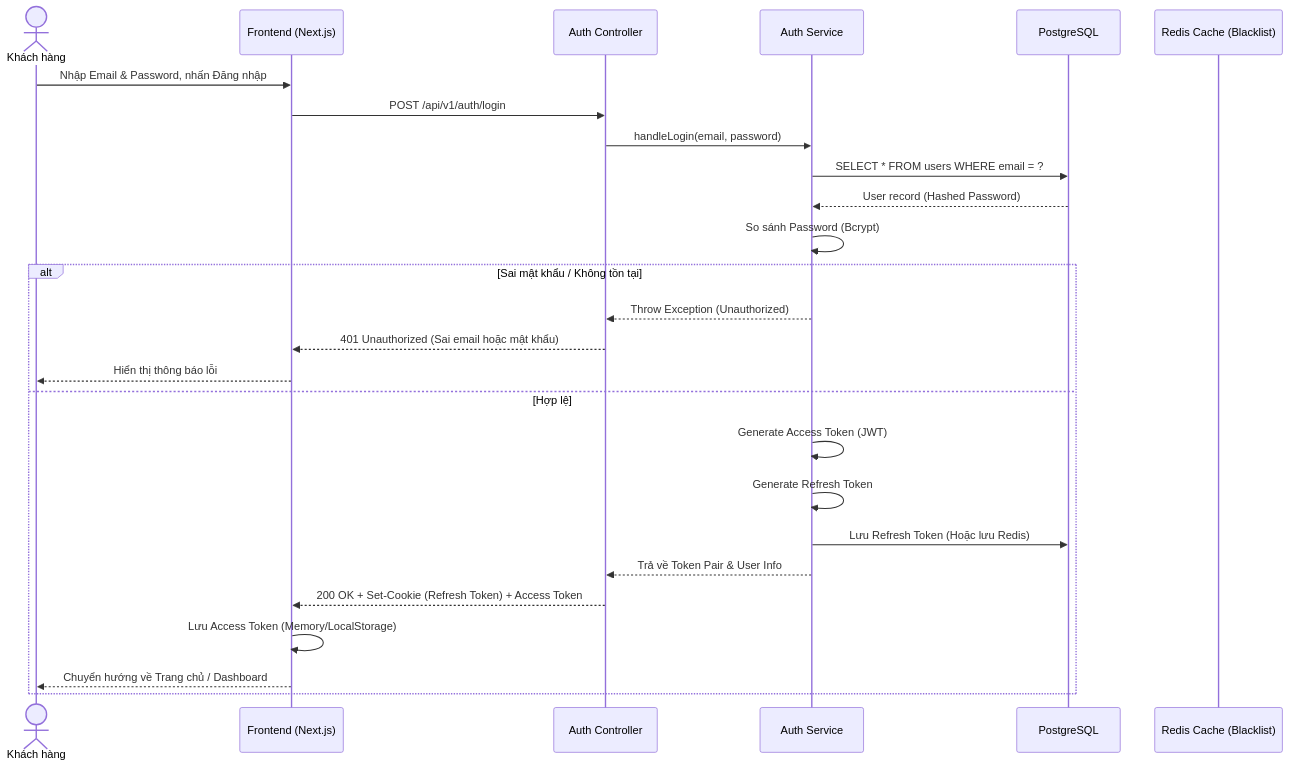
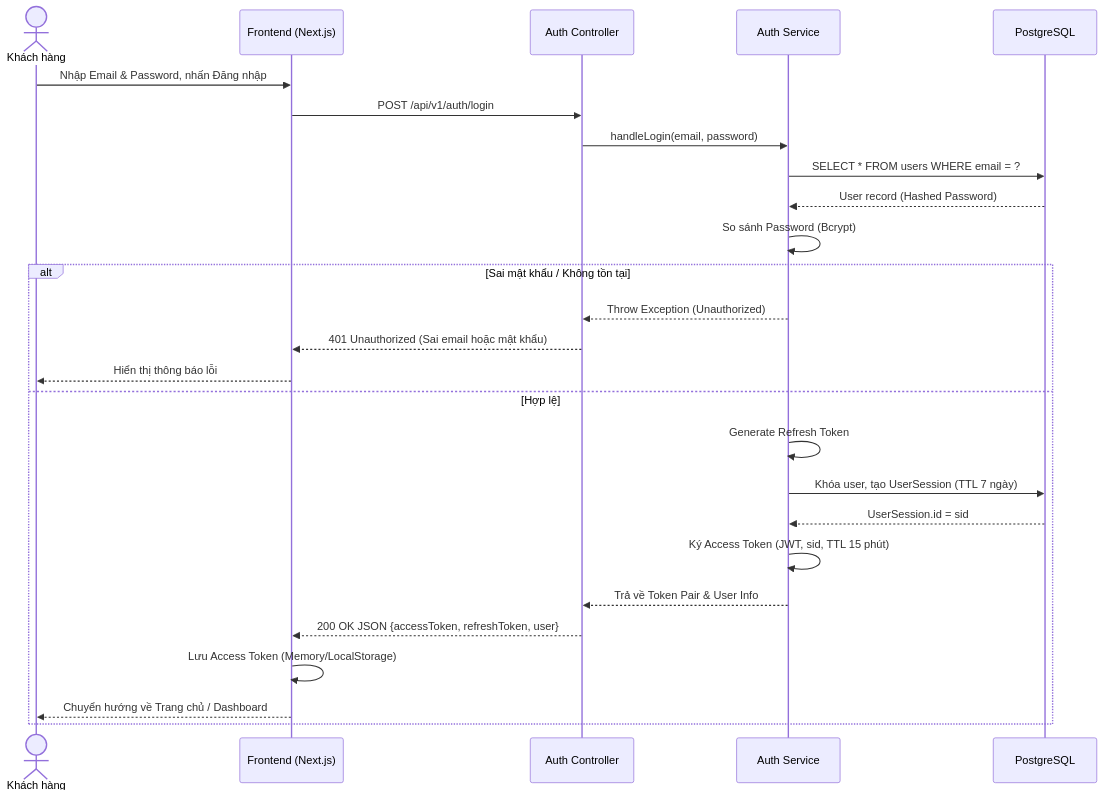
One commit to Viettrung1404/DUT.CosmeticsRetailSystem changed diagram 17 of 19 in docs/1-requirement/02_use_case_va_tuong_tac.md. Above: the diagram before and after it, drawn with Mermaid. The commit also changed other lines of this file and 22 other files, not shown here.

````diff
--- a/docs/1-requirement/02_use_case_va_tuong_tac.md
+++ b/docs/1-requirement/02_use_case_va_tuong_tac.md
@@ -710,31 +716,31 @@
 ```mermaid
 sequenceDiagram
     actor User as Khách hàng
     participant Client as Frontend (Next.js)
     participant API as Auth Controller
     participant Service as Auth Service
     participant DB as PostgreSQL
-    participant Redis as Redis Cache (Blacklist)
 
     User->>Client: Nhập Email & Password, nhấn Đăng nhập
     Client->>API: POST /api/v1/auth/login
     API->>Service: handleLogin(email, password)
     
     Service->>DB: SELECT * FROM users WHERE email = ?
     DB-->>Service: User record (Hashed Password)
     
     Service->>Service: So sánh Password (Bcrypt)
     alt Sai mật khẩu / Không tồn tại
         Service-->>API: Throw Exception (Unauthorized)
         API-->>Client: 401 Unauthorized (Sai email hoặc mật khẩu)
         Client-->>User: Hiển thị thông báo lỗi
     else Hợp lệ
-        Service->>Service: Generate Access Token (JWT)
         Service->>Service: Generate Refresh Token
-        Service->>DB: Lưu Refresh Token (Hoặc lưu Redis)
+        Service->>DB: Khóa user, tạo UserSession (TTL 7 ngày)
+        DB-->>Service: UserSession.id = sid
+        Service->>Service: Ký Access Token (JWT, sid, TTL 15 phút)
         Service-->>API: Trả về Token Pair & User Info
-        API-->>Client: 200 OK + Set-Cookie (Refresh Token) + Access Token
+        API-->>Client: 200 OK JSON {accessToken, refreshToken, user}
         Client->>Client: Lưu Access Token (Memory/LocalStorage)
         Client-->>User: Chuyển hướng về Trang chủ / Dashboard
     end
 ```
````
